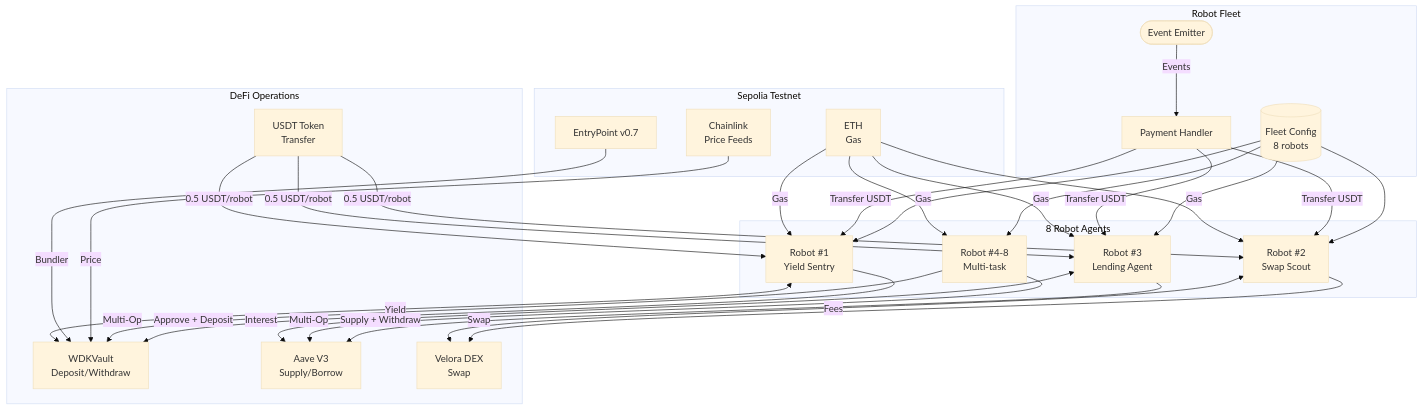
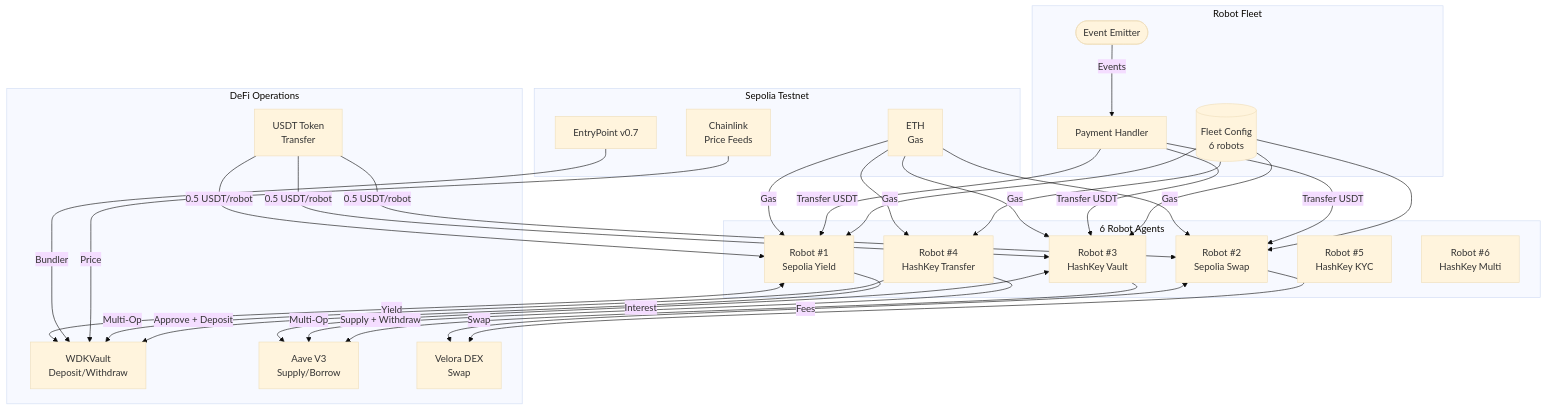
The fourth of 7 diagrams in README.md (anhquan075/OmniAgent), drawn with Mermaid (base theme) before and after one commit. The commit also changed other lines of this file, not shown here.

Commit message:
docs: update README with 6-robot fleet and HashKey tools

````diff
--- a/README.md
+++ b/README.md
@@ -408,61 +408,63 @@
 ```mermaid
 graph TB
     subgraph Fleet["Robot Fleet"]
-        FleetConfig[(Fleet Config<br/>8 robots)]
+        FleetConfig[(Fleet Config<br/>6 robots)]
         FleetEmitter([Event Emitter])
         PaymentHandler[Payment Handler]
     end
 
-    subgraph Robots["8 Robot Agents"]
-        R1[Robot #1<br/>Yield Sentry]
-        R2[Robot #2<br/>Swap Scout]
-        R3[Robot #3<br/>Lending Agent]
-        R4[Robot #4-8<br/>Multi-task]
+    subgraph Robots["6 Robot Agents"]
+        R1[Robot #1<br/>Sepolia Yield]
+        R2[Robot #2<br/>Sepolia Swap]
+        R3[Robot #3<br/>HashKey Vault]
+        R4[Robot #4<br/>HashKey Transfer]
+        R5[Robot #5<br/>HashKey KYC]
+        R6[Robot #6<br/>HashKey Multi]
     end
 
     subgraph DeFi["DeFi Operations"]
         Vault[WDKVault<br/>Deposit/Withdraw]
         Aave[Aave V3<br/>Supply/Borrow]
         Velora[Velora DEX<br/>Swap]
         USDT[USDT Token<br/>Transfer]
     end
 
     subgraph Blockchain["Sepolia Testnet"]
         ETH[ETH<br/>Gas]
         Chainlink[Chainlink<br/>Price Feeds]
         EntryPoint[EntryPoint v0.7]
     end
 
     FleetConfig --> R1
     FleetConfig --> R2
     FleetConfig --> R3
     FleetConfig --> R4
     
     R1 -->|Approve + Deposit| Vault
     R2 -->|Swap| Velora
     R3 -->|Supply + Withdraw| Aave
     R4 -->|Multi-Op| Vault
     R4 -->|Multi-Op| Aave
     
     Vault <-->|Yield| R1
     Aave <-->|Interest| R3
     Velora <-->|Fees| R2
     
     PaymentHandler -->|Transfer USDT| R1
     PaymentHandler -->|Transfer USDT| R2
     PaymentHandler -->|Transfer USDT| R3
     
     USDT -->|0.5 USDT/robot| R1
     USDT -->|0.5 USDT/robot| R2
     USDT -->|0.5 USDT/robot| R3
     
     ETH -->|Gas| R1
     ETH -->|Gas| R2
     ETH -->|Gas| R3
     ETH -->|Gas| R4
     
     Chainlink -->|Price| Vault
     EntryPoint -->|Bundler| Vault
     
     FleetEmitter -->|Events| PaymentHandler
 ```
````
